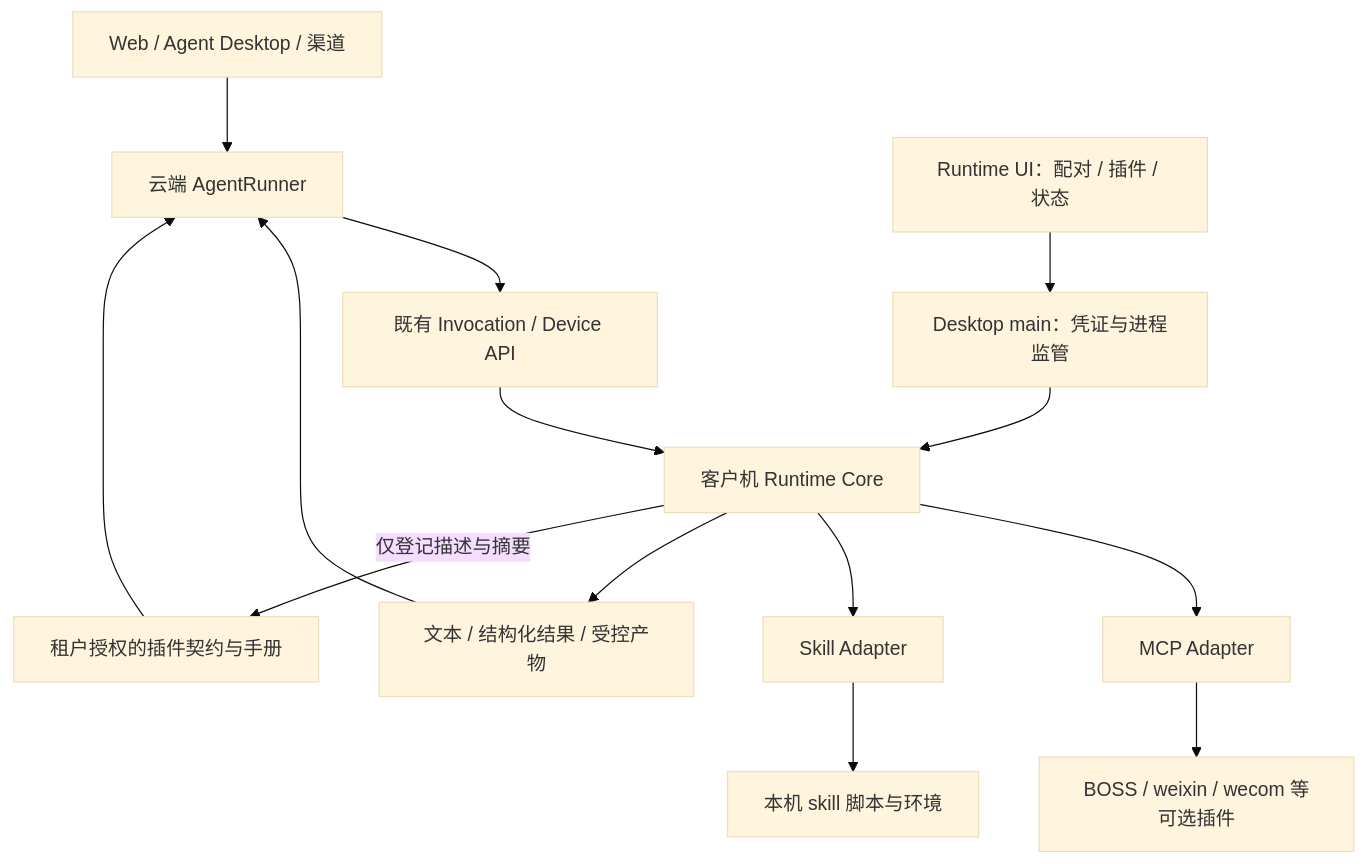
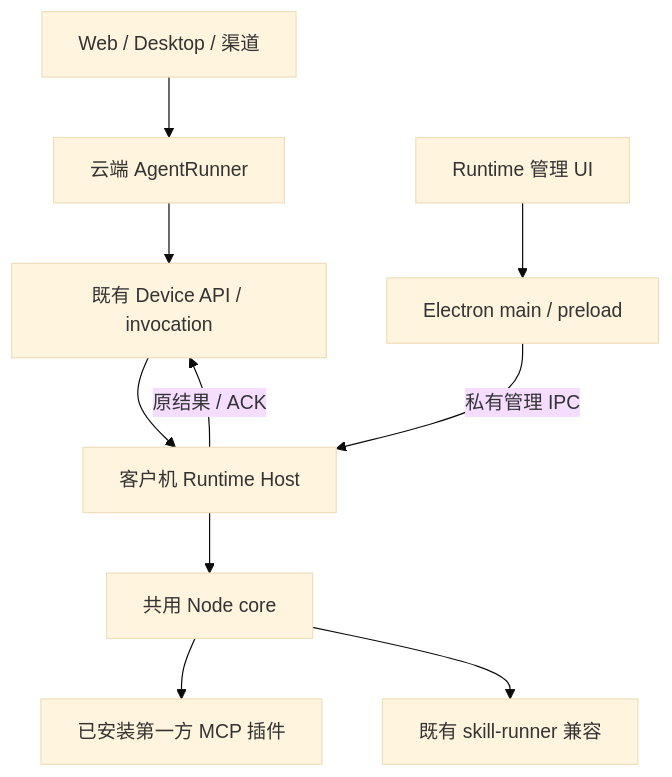
One commit to ethynic/aid-work-agent changed the diagram in docs/system/runtime-plugin-host-architecture-design.md. Above: the diagram before and after it, drawn with Mermaid (base theme). The commit also changed other lines of this file and 29 other files, not shown here.

````diff
--- a/docs/system/runtime-plugin-host-architecture-design.md
+++ b/docs/system/runtime-plugin-host-architecture-design.md
@@ -66,16 +40,12 @@
 ```mermaid
 flowchart TD
-    Entry[Web / Agent Desktop / 渠道] --> Agent[云端 AgentRunner]
-    Registry[租户授权的插件契约与手册] --> Agent
-    Agent --> Queue[既有 Invocation / Device API]
-    Queue --> Runtime[客户机 Runtime Core]
-    UI[Runtime UI：配对 / 插件 / 状态] --> Supervisor[Desktop main：凭证与进程监管]
-    Supervisor --> Runtime
-    Runtime --> MCP[MCP Adapter]
-    Runtime --> Skill[Skill Adapter]
-    MCP --> CLI[BOSS / weixin / wecom 等可选插件]
-    Skill --> Scripts[本机 skill 脚本与环境]
-    Runtime --> Result[文本 / 结构化结果 / 受控产物]
-    Result --> Agent
-    Runtime -->|仅登记描述与摘要| Registry
+  Entry[Web / Desktop / 渠道] --> Runner[云端 AgentRunner]
+  Runner --> Device[既有 Device API / invocation]
+  Device --> Host[客户机 Runtime Host]
+  UI[Runtime 管理 UI] --> Main[Electron main / preload]
+  Main -->|私有管理 IPC| Host
+  Host --> Core[共用 Node core]
+  Core --> MCP[已安装第一方 MCP 插件]
+  Core --> Legacy[既有 skill-runner 兼容]
+  Host -->|原结果 / ACK| Device
 ```
````
